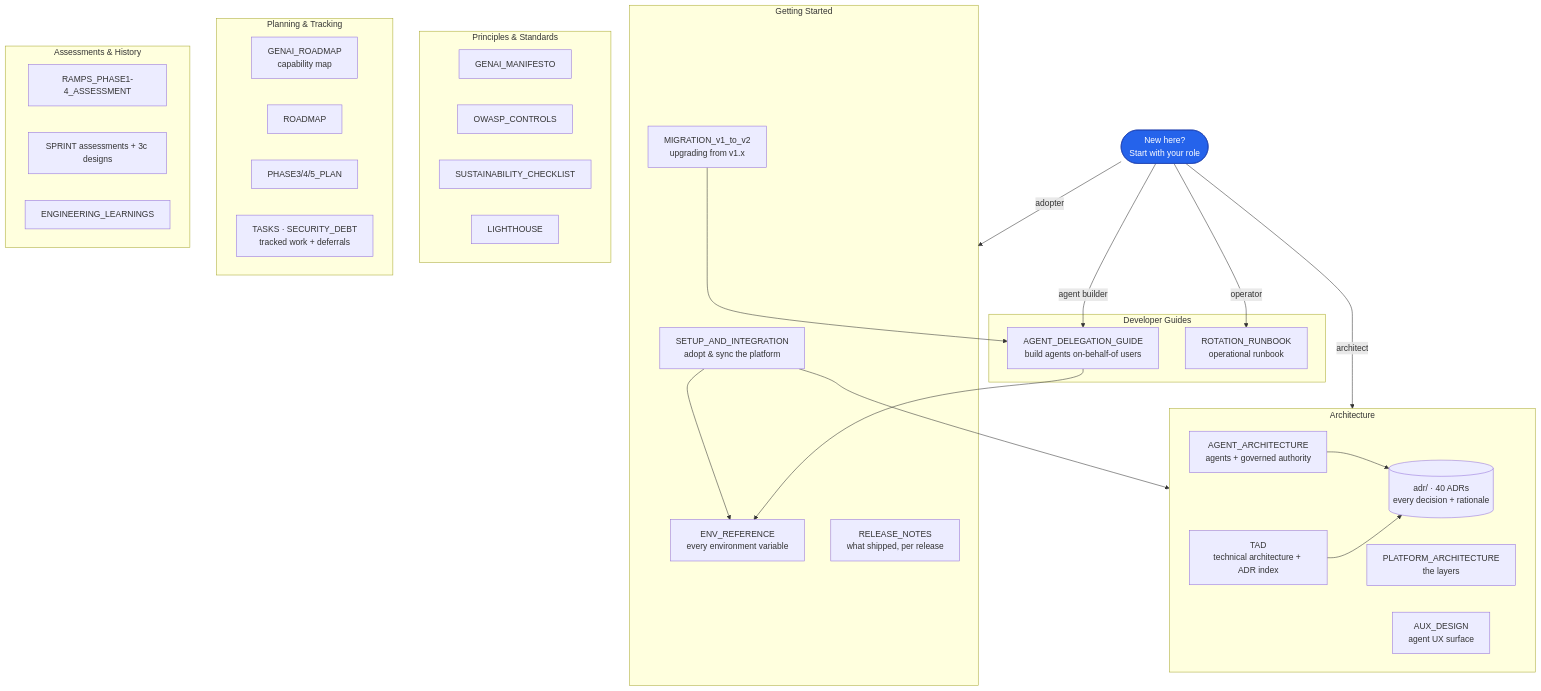
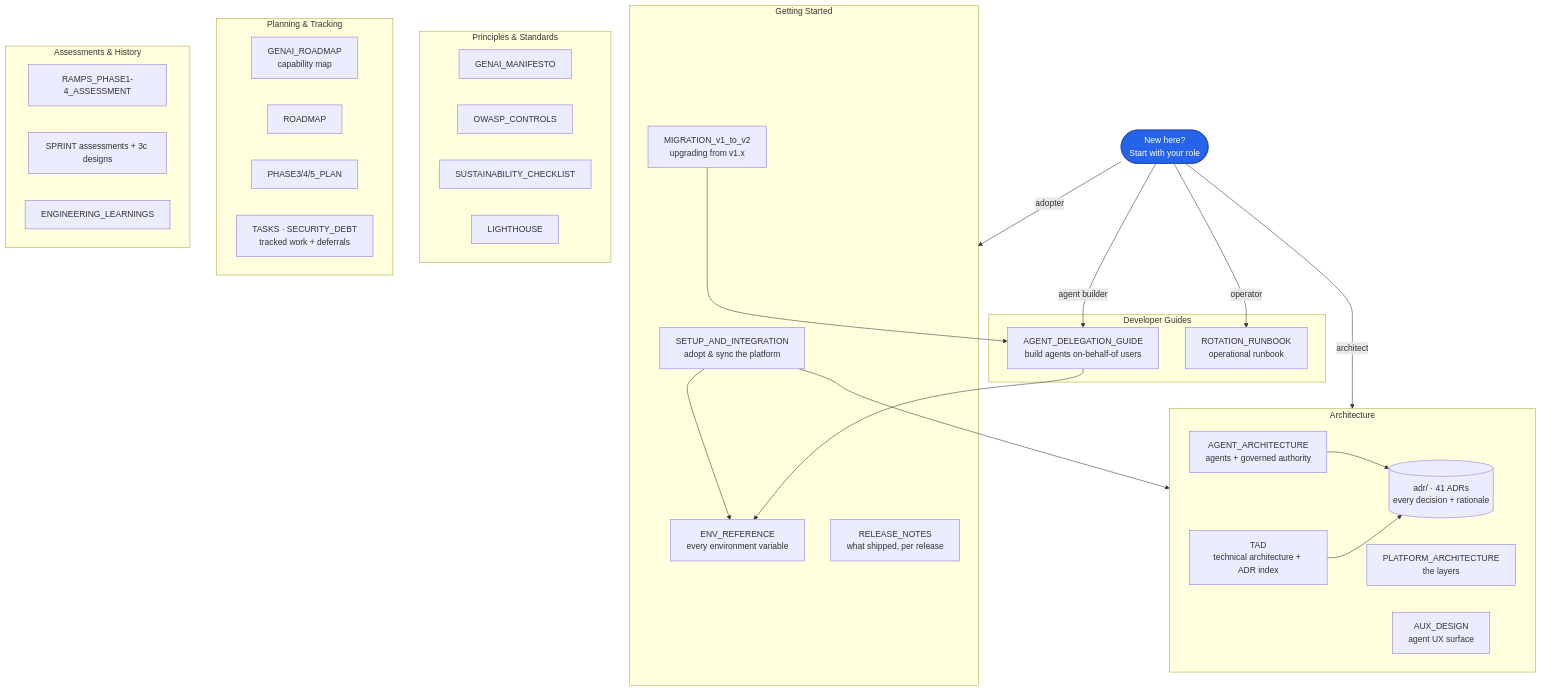
The diagram in docs/README.md (Datankare/platform-foundation), drawn with Mermaid before and after one commit. The commit also changed other lines of this file and 2 other files, not shown here.

Commit message:
docs(phase5): add ADR-041 — escalation SLA & remedial action (Sprint 4b)
Bounds every escalation with a config-driven SLA (moderation.escalation_sla_hours,
clamped, fail-closed to the shortest window) and a remedial action on breach
(moderation.escalation_remedial_action, default block; never allow), applied by an
idempotent, attributable reaper. Closes the hole ADR-039 F3c opens by making Guardian
fail closed to escalate: escalate is now itself time-bounded. Caller contract: escalate
is a withhold, not an allow.

Index ADR-041 in TAD, bump README ADR count 40 -> 41, refresh footer (L16).

````diff
--- a/docs/README.md
+++ b/docs/README.md
@@ -23,59 +23,59 @@
 ```mermaid
 graph TD
     START([New here?<br/>Start with your role])
 
     subgraph GS["Getting Started"]
         SETUP[SETUP_AND_INTEGRATION<br/>adopt & sync the platform]
         ENV[ENV_REFERENCE<br/>every environment variable]
         MIG[MIGRATION_v1_to_v2<br/>upgrading from v1.x]
         REL[RELEASE_NOTES<br/>what shipped, per release]
     end
 
     subgraph ARCH["Architecture"]
         TAD[TAD<br/>technical architecture + ADR index]
         PLAT[PLATFORM_ARCHITECTURE<br/>the layers]
         AGENT[AGENT_ARCHITECTURE<br/>agents + governed authority]
         AUX[AUX_DESIGN<br/>agent UX surface]
-        ADR[(adr/ · 40 ADRs<br/>every decision + rationale)]
+        ADR[(adr/ · 41 ADRs<br/>every decision + rationale)]
     end
 
     subgraph GUIDES["Developer Guides"]
         DELEG[AGENT_DELEGATION_GUIDE<br/>build agents on-behalf-of users]
         ROT[ROTATION_RUNBOOK<br/>operational runbook]
     end
 
     subgraph PRINCIPLES["Principles & Standards"]
         MAN[GENAI_MANIFESTO]
         OWASP[OWASP_CONTROLS]
         SUS[SUSTAINABILITY_CHECKLIST]
         LIGHT[LIGHTHOUSE]
     end
 
     subgraph PLANNING["Planning & Tracking"]
         ROAD[GENAI_ROADMAP<br/>capability map]
         ROADMAP[ROADMAP]
         PHASE[PHASE3/4/5_PLAN]
         TASKS[TASKS · SECURITY_DEBT<br/>tracked work + deferrals]
     end
 
     subgraph HISTORY["Assessments & History"]
         RAMPS[RAMPS_PHASE1-4_ASSESSMENT]
         SPRINT[SPRINT assessments + 3c designs]
         LEARN[ENGINEERING_LEARNINGS]
     end
 
     START -->|adopter| GS
     START -->|architect| ARCH
     START -->|agent builder| DELEG
     START -->|operator| ROT
 
     SETUP --> ENV
     SETUP --> ARCH
     DELEG --> ENV
     AGENT --> ADR
     TAD --> ADR
     MIG --> DELEG
 
     classDef start fill:#2563eb,stroke:#1e40af,color:#fff
     class START start
 ```
````
